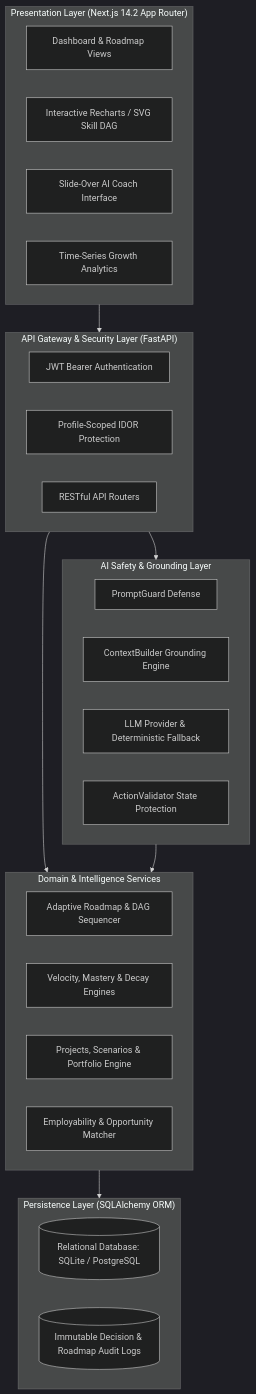
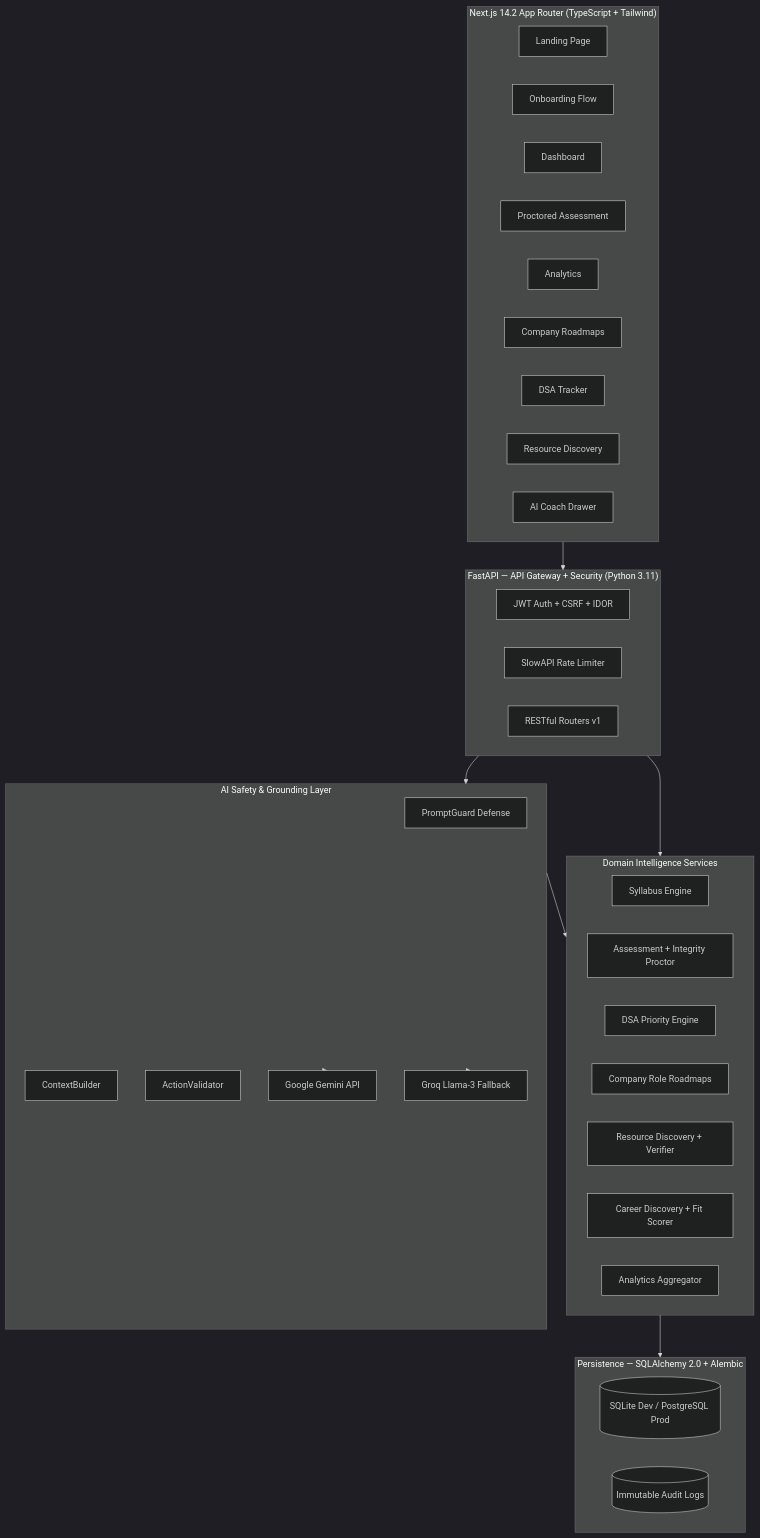
The diagram in README.md (Sanjay190806/PathFinder), drawn with Mermaid (dark theme) before and after one commit. The commit also changed other lines of this file and 88 other files, not shown here.

````diff
--- a/README.md
+++ b/README.md
@@ -186,40 +202,51 @@
 ```mermaid
 flowchart TB
-    subgraph PresentationLayer["Presentation Layer (Next.js 14.2 App Router)"]
-        UI_Dash[Dashboard & Roadmap Views]
-        UI_Graph[Interactive Recharts / SVG Skill DAG]
-        UI_Coach[Slide-Over AI Coach Interface]
-        UI_Analytics[Time-Series Growth Analytics]
+    subgraph Frontend["Next.js 14.2 App Router (TypeScript + Tailwind)"]
+        UI_Landing[Landing Page]
+        UI_Onboard[Onboarding Flow]
+        UI_Dashboard[Dashboard]
+        UI_Assessment[Proctored Assessment]
+        UI_Analytics[Analytics]
+        UI_Companies[Company Roadmaps]
+        UI_DSA[DSA Tracker]
+        UI_Resources[Resource Discovery]
+        UI_Coach[AI Coach Drawer]
     end
 
-    subgraph APILayer["API Gateway & Security Layer (FastAPI)"]
-        API_Auth[JWT Bearer Authentication]
-        API_Guard[Profile-Scoped IDOR Protection]
-        API_Routers[RESTful API Routers]
+    subgraph API["FastAPI — API Gateway + Security (Python 3.11)"]
+        Auth[JWT Auth + CSRF + IDOR]
+        RateLimit[SlowAPI Rate Limiter]
+        Routers[RESTful Routers v1]
     end
 
-    subgraph ApplicationServices["Domain & Intelligence Services"]
-        SVC_Learn[Adaptive Roadmap & DAG Sequencer]
-        SVC_Intel[Velocity, Mastery & Decay Engines]
-        SVC_Practical[Projects, Scenarios & Portfolio Engine]
-        SVC_Career[Employability & Opportunity Matcher]
+    subgraph Services["Domain Intelligence Services"]
+        Syllabus[Syllabus Engine]
+        Assessment[Assessment + Integrity Proctor]
+        DSAEngine[DSA Priority Engine]
+        CompanyRoadmap[Company Role Roadmaps]
+        ResourceDiscovery[Resource Discovery + Verifier]
+        CareerDiscovery[Career Discovery + Fit Scorer]
+        Analytics[Analytics Aggregator]
     end
 
-    subgraph AISafetyLayer["AI Safety & Grounding Layer"]
-        AI_PG[PromptGuard Defense]
-        AI_CB[ContextBuilder Grounding Engine]
-        AI_Prov[LLM Provider & Deterministic Fallback]
-        AI_AV[ActionValidator State Protection]
+    subgraph AILayer["AI Safety & Grounding Layer"]
+        PromptGuard[PromptGuard Defense]
+        ContextBuilder[ContextBuilder]
+        ActionValidator[ActionValidator]
+        Gemini[Google Gemini API]
+        Groq[Groq Llama-3 Fallback]
     end
 
-    subgraph PersistenceLayer["Persistence Layer (SQLAlchemy ORM)"]
-        DB_State[(Relational Database: SQLite / PostgreSQL)]
-        DB_Audit[(Immutable Decision & Roadmap Audit Logs)]
+    subgraph DB["Persistence — SQLAlchemy 2.0 + Alembic"]
+        SQLite[(SQLite Dev / PostgreSQL Prod)]
+        AuditLog[(Immutable Audit Logs)]
     end
 
-    PresentationLayer --> APILayer
-    APILayer --> ApplicationServices
-    ApplicationServices --> PersistenceLayer
-    APILayer --> AISafetyLayer
-    AISafetyLayer --> ApplicationServices
+    Frontend --> API
+    API --> Services
+    Services --> DB
+    API --> AILayer
+    AILayer --> Gemini
+    AILayer --> Groq
+    AILayer --> Services
 ```
````
